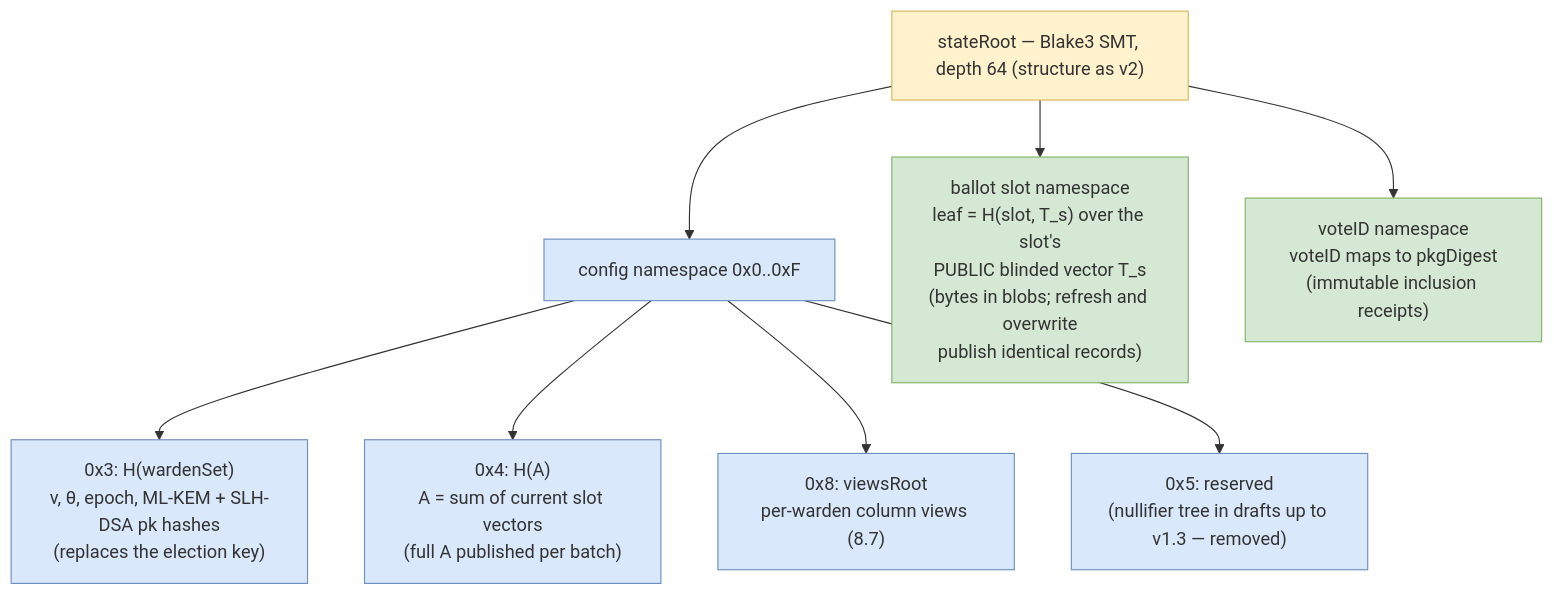
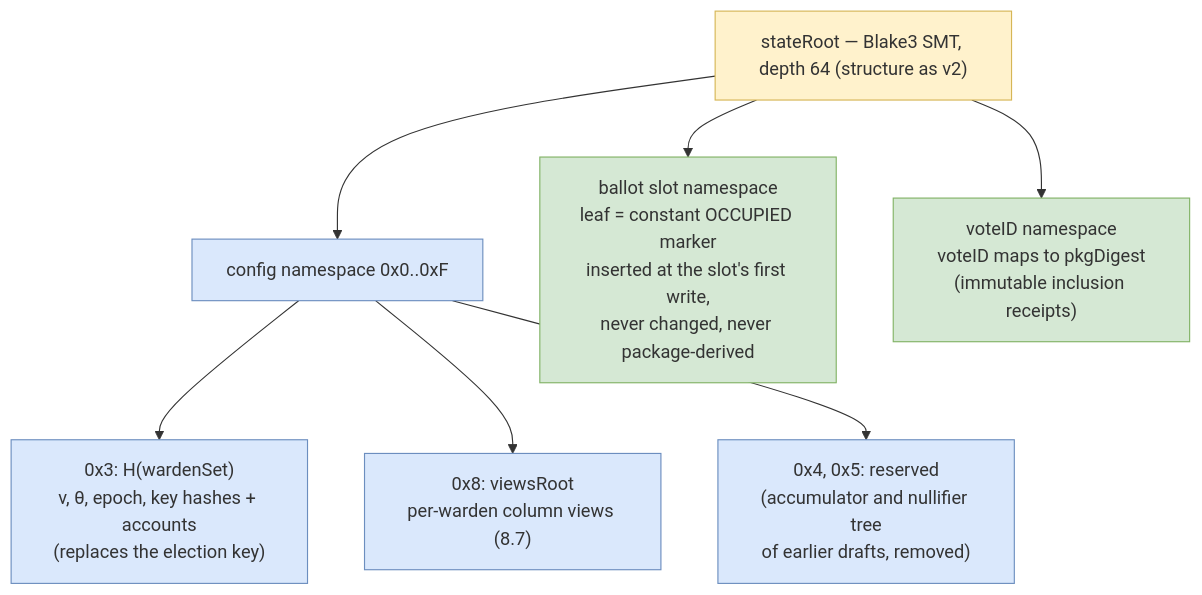
The diagram in v3-pq/figures/src/state-tree-v3.mmd (vocdoni/davinci-paper), drawn with Mermaid before and after one commit. The commit also changed 30 other files, not shown here.

```diff
--- a/v3-pq/figures/src/state-tree-v3.mmd
+++ b/v3-pq/figures/src/state-tree-v3.mmd
@@ -1,12 +1,11 @@
 flowchart TD
   classDef root fill:#fff2cc,stroke:#d6b656;
   classDef cfg fill:#dae8fc,stroke:#6c8ebf;
   classDef ns fill:#d5e8d4,stroke:#82b366;
   R["stateRoot — Blake3 SMT, depth 64 (structure as v2)"]:::root
   R --> C["config namespace 0x0..0xF"]:::cfg
-  R --> SL["ballot slot namespace<br/>leaf = H(slot, T_s) over the slot's<br/>PUBLIC blinded vector T_s<br/>(bytes in blobs; refresh and overwrite<br/>publish identical records)"]:::ns
+  R --> SL["ballot slot namespace<br/>leaf = constant OCCUPIED marker<br/>inserted at the slot's first write,<br/>never changed, never package-derived"]:::ns
   R --> V["voteID namespace<br/>voteID maps to pkgDigest<br/>(immutable inclusion receipts)"]:::ns
-  C --> C3["0x3: H(wardenSet)<br/>ν, θ, epoch, ML-KEM + SLH-DSA pk hashes<br/>(replaces the election key)"]:::cfg
-  C --> C4["0x4: H(A)<br/>A = sum of current slot vectors<br/>(full A published per batch)"]:::cfg
+  C --> C3["0x3: H(wardenSet)<br/>ν, θ, epoch, key hashes + accounts<br/>(replaces the election key)"]:::cfg
   C --> C8["0x8: viewsRoot<br/>per-warden column views (8.7)"]:::cfg
-  C --> C5["0x5: reserved<br/>(nullifier tree in drafts up to v1.3 — removed)"]:::cfg
+  C --> C5["0x4, 0x5: reserved<br/>(accumulator and nullifier tree<br/>of earlier drafts, removed)"]:::cfg
```
